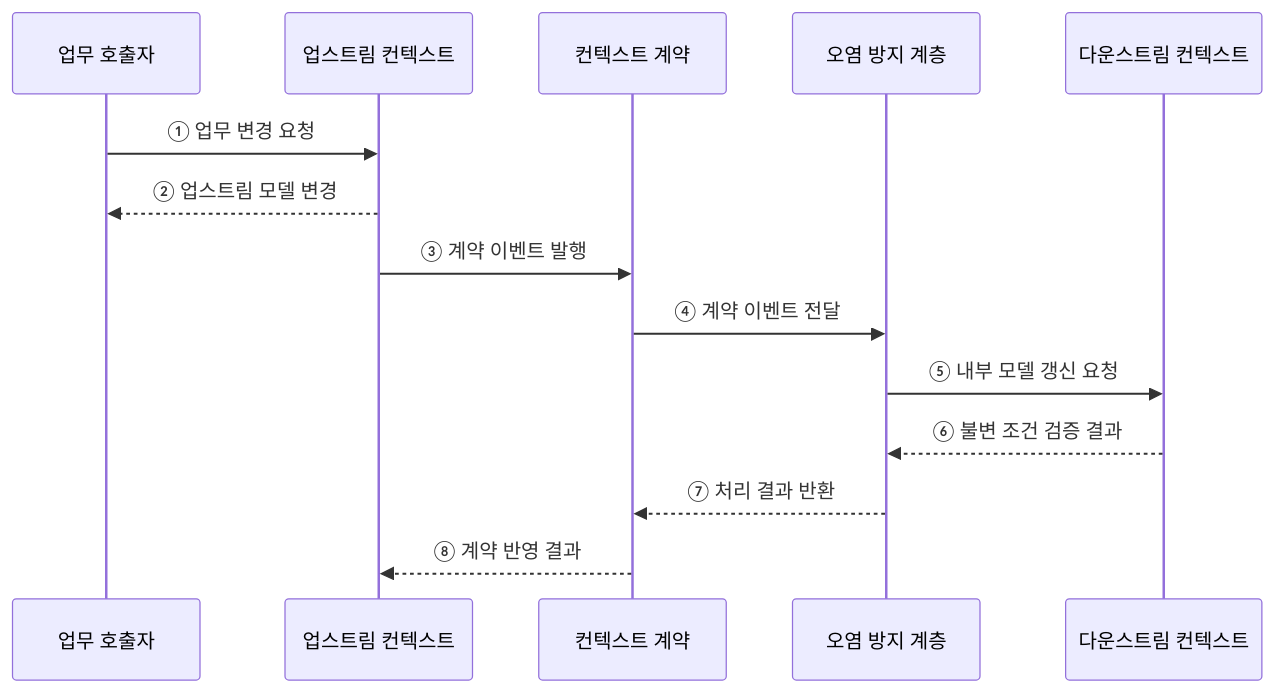
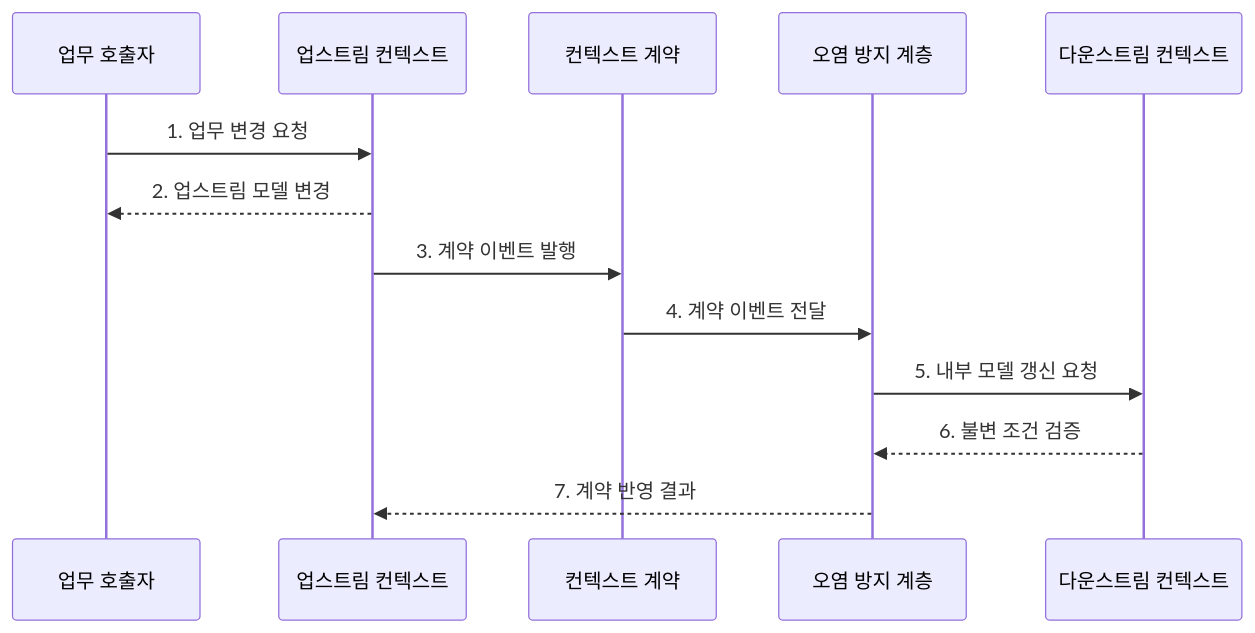
Before and after one commit to agnusdei1207/knowledge-base: the second of 2 diagrams in src/content/docs/notes/03-software/050_bounded_context.md, drawn with Mermaid. The commit also changed other lines of this file and 20 other files, not shown here.

````diff
--- a/src/content/docs/notes/03-software/050_bounded_context.md
+++ b/src/content/docs/notes/03-software/050_bounded_context.md
@@ -77,16 +82,15 @@
 ```mermaid
 sequenceDiagram
     participant A as 업무 호출자
     participant U as 업스트림 컨텍스트
     participant C as 컨텍스트 계약
     participant L as 오염 방지 계층
     participant D as 다운스트림 컨텍스트
-    A->>U: ① 업무 변경 요청
-    U-->>A: ② 업스트림 모델 변경
-    U->>C: ③ 계약 이벤트 발행
-    C->>L: ④ 계약 이벤트 전달
-    L->>D: ⑤ 내부 모델 갱신 요청
-    D-->>L: ⑥ 불변 조건 검증 결과
-    L-->>C: ⑦ 처리 결과 반환
-    C-->>U: ⑧ 계약 반영 결과
+    A->>U: 1. 업무 변경 요청
+    U-->>A: 2. 업스트림 모델 변경
+    U->>C: 3. 계약 이벤트 발행
+    C->>L: 4. 계약 이벤트 전달
+    L->>D: 5. 내부 모델 갱신 요청
+    D-->>L: 6. 불변 조건 검증
+    L-->>U: 7. 계약 반영 결과
 ```
````
